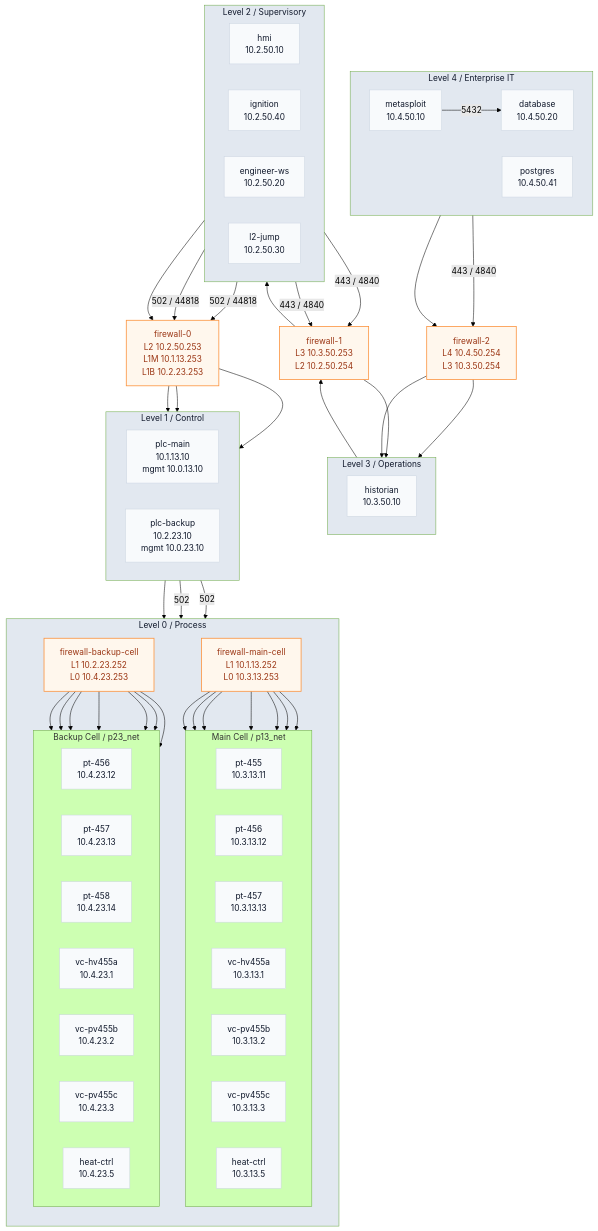
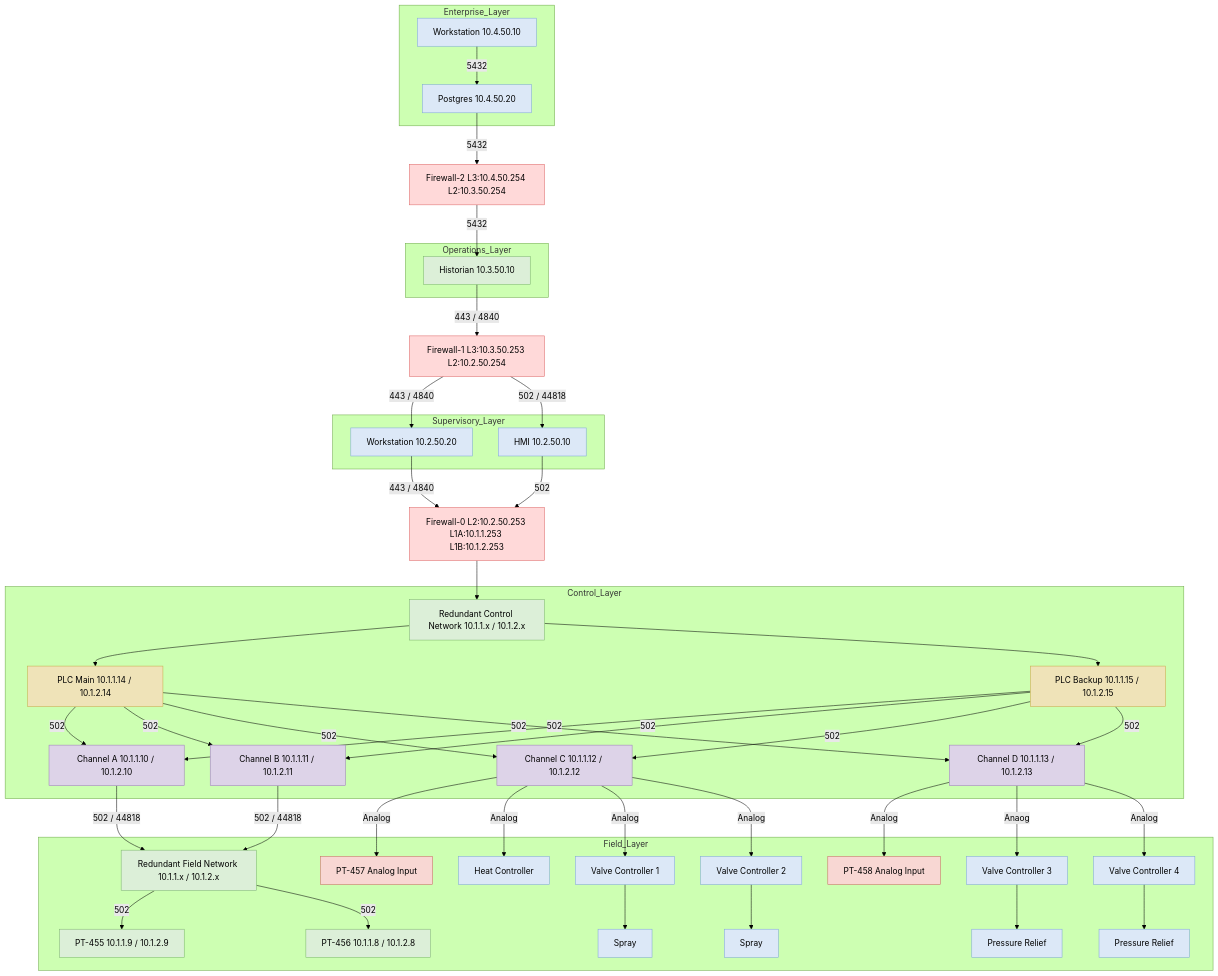
One commit to doranm09/falcons changed the diagram in testbed/iaea_rcs_demo/README.md. Above: the diagram before and after it, drawn with Mermaid (forest theme). The commit also changed 25 other files, not shown here.

````diff
--- a/testbed/iaea_rcs_demo/README.md
+++ b/testbed/iaea_rcs_demo/README.md
@@ -16,109 +16,115 @@
 ```mermaid
 flowchart TB
-  classDef layer fill:#e2e8f0,stroke:#94a3b8,stroke-width:1.5px,color:#0f172a;
-  classDef device fill:#f8fafc,stroke:#cbd5e1,stroke-width:1px,color:#0f172a;
-  classDef firewall fill:#fff7ed,stroke:#fb923c,stroke-width:1.5px,color:#9a3412;
 
-  subgraph L4["Level 4 / Enterprise IT"]
-    direction LR
-    MSF["metasploit<br/>10.4.50.10"]:::device
-    DB["database<br/>10.4.50.20"]:::device
-    PG["postgres<br/>10.4.50.41"]:::device
-  end
-  style L4 fill:#e2e8f0,color:#0f172a
+subgraph Enterprise_Layer
+    WS4A["Workstation 10.4.50.10"]
+    PG["Postgres 10.4.50.20"]
+end
 
-  FW2["firewall-2<br/>L4 10.4.50.254<br/>L3 10.3.50.254"]:::firewall
+FW2["Firewall-2 L3:10.4.50.254 L2:10.3.50.254"]
 
-  subgraph L3["Level 3 / Operations"]
-    direction LR
-    HIST["historian<br/>10.3.50.10"]:::device
-  end
-  style L3 fill:#e2e8f0,color:#0f172a
+subgraph Operations_Layer
+    HIST["Historian 10.3.50.10"]
+end
 
-  FW1["firewall-1<br/>L3 10.3.50.253<br/>L2 10.2.50.254"]:::firewall
+FW1["Firewall-1 L3:10.3.50.253 L2:10.2.50.254"]
 
-  subgraph L2["Level 2 / Supervisory"]
-    direction LR
-    HMI["hmi<br/>10.2.50.10"]:::device
-    IGN["ignition<br/>10.2.50.40"]:::device
-    ENG["engineer-ws<br/>10.2.50.20"]:::device
-    JUMP["l2-jump<br/>10.2.50.30"]:::device
-  end
-  style L2 fill:#e2e8f0,color:#0f172a
+subgraph Supervisory_Layer
+    WS2["Workstation 10.2.50.20"]
+    HMI["HMI 10.2.50.10"]
+end
 
-  FW0["firewall-0<br/>L2 10.2.50.253<br/>L1M 10.1.13.253<br/>L1B 10.2.23.253"]:::firewall
+FW0["Firewall-0 L2:10.2.50.253 L1A:10.1.1.253 L1B:10.1.2.253"]
 
-  subgraph L1["Level 1 / Control"]
-    direction LR
-    PLCM["plc-main<br/>10.1.13.10<br/>mgmt 10.0.13.10"]:::device
-    PLCB["plc-backup<br/>10.2.23.10<br/>mgmt 10.0.23.10"]:::device
-  end
-  style L1 fill:#e2e8f0,color:#0f172a
+subgraph Control_Layer
+    RCN["Redundant Control Network 10.1.1.x / 10.1.2.x"]
+    PLCM["PLC Main 10.1.1.14 / 10.1.2.14"]
+    PLCB["PLC Backup 10.1.1.15 / 10.1.2.15"]
+    CHA["Channel A 10.1.1.10 / 10.1.2.10"]
+    CHB["Channel B 10.1.1.11 / 10.1.2.11"]
+    CHC["Channel C 10.1.1.12 / 10.1.2.12"]
+    CHD["Channel D 10.1.1.13 / 10.1.2.13"]
+end
 
-  subgraph L0["Level 0 / Process"]
-    direction TB
-    FWM["firewall-main-cell<br/>L1 10.1.13.252<br/>L0 10.3.13.253"]:::firewall
-    subgraph MAIN["Main Cell / p13_net"]
-      direction LR
-      PT455["pt-455<br/>10.3.13.11"]:::device
-      PT456M["pt-456<br/>10.3.13.12"]:::device
-      PT457M["pt-457<br/>10.3.13.13"]:::device
-      V455AM["vc-hv455a<br/>10.3.13.1"]:::device
-      V455BM["vc-pv455b<br/>10.3.13.2"]:::device
-      V455CM["vc-pv455c<br/>10.3.13.3"]:::device
-      HEATM["heat-ctrl<br/>10.3.13.5"]:::device
-    end
+subgraph Field_Layer
+    HC["Heat Controller"]
+    VC1["Valve Controller 1"]
+    VC2["Valve Controller 2"]
+    VC3["Valve Controller 3"]
+    VC4["Valve Controller 4"]
+    PT457["PT-457 Analog Input"]
+    PT458["PT-458 Analog Input"]
+    RFN["Redundant Field Network 10.1.1.x / 10.1.2.x"]
+    PT455["PT-455 10.1.1.9 / 10.1.2.9"]
+    PT456["PT-456 10.1.1.8 / 10.1.2.8"]
+    SPR1["Spray"]
+    SPR2["Spray"]
+    PR1["Pressure Relief"]
+    PR2["Pressure Relief"]
+end
 
-    FWB["firewall-backup-cell<br/>L1 10.2.23.252<br/>L0 10.4.23.253"]:::firewall
-    subgraph BACKUP["Backup Cell / p23_net"]
-      direction LR
-      PT456B["pt-456<br/>10.4.23.12"]:::device
-      PT457B["pt-457<br/>10.4.23.13"]:::device
-      PT458["pt-458<br/>10.4.23.14"]:::device
-      V455AB["vc-hv455a<br/>10.4.23.1"]:::device
-      V455BB["vc-pv455b<br/>10.4.23.2"]:::device
-      V455CB["vc-pv455c<br/>10.4.23.3"]:::device
-      HEATB["heat-ctrl<br/>10.4.23.5"]:::device
-    end
-  end
-  style L0 fill:#e2e8f0,color:#0f172a
+WS4A -->|5432| PG
+PG -->|5432| FW2
+FW2 -->|5432| HIST
+HIST -->|443 / 4840| FW1
+FW1 -->|443 / 4840| WS2
+FW1 -->|502 / 44818| HMI
+WS2 -->|443 / 4840| FW0
+HMI -->|502| FW0
+FW0 --> RCN
+RCN --> PLCM
+RCN --> PLCB
+PLCM -->|502| CHA
+PLCM -->|502| CHB
+PLCM -->|502| CHC
+PLCM -->|502| CHD
+PLCB -->|502| CHA
+PLCB -->|502| CHB
+PLCB -->|502| CHC
+PLCB -->|502| CHD
+CHA -->|502 / 44818| RFN
+CHB -->|502 / 44818| RFN
+RFN -->|502| PT455
+RFN -->|502| PT456
+CHC -->|Analog| PT457
+CHD -->|Analog| PT458
+CHC -->|Analog| HC
+CHC -->|Analog| VC1
+CHC -->|Analog| VC2
+CHD -->|Anaog| VC3
+CHD -->|Analog| VC4
+VC1 --> SPR1
+VC2 --> SPR2
+VC3 --> PR1
+VC4 --> PR2
 
-  %% Layer chaining
-  L4 --> FW2 --> L3 --> FW1 --> L2 --> FW0 --> L1 --> L0
-
-  %% ---- ENTERPRISE TO DMZ ----
-  MSF -->|"443 / 4840"| FW2
-  FW2 --> HIST
-
-  MSF -->|"5432"| DB
-
-  %% ---- DMZ TO L2 ----
-  HMI -->|"443 / 4840"| FW1
-  ENG -->|"443 / 4840"| FW1
-  FW1 --> HIST
-
-  %% ---- L2 TO L1 ----
-  HMI -->|"502 / 44818"| FW0
-  ENG -->|"502 / 44818"| FW0
-  FW0 --> PLCM
-  FW0 --> PLCB
-
-  %% ---- L1 TO L0 ----
-  PLCM -->|"502"| FWM
-  FWM --> PT455
-  FWM --> PT456M
-  FWM --> PT457M
-  FWM --> V455AM
-  FWM --> V455BM
-  FWM --> V455CM
-  FWM --> HEATM
-
-  PLCB -->|"502"| FWB
-  FWB --> PT456B
-  FWB --> PT457B
-  FWB --> PT458
-  FWB --> V455AB
-  FWB --> V455BB
-  FWB --> V455CB
-  FWB --> HEATB
+style WS4A fill:#dce8f7,stroke:#7ea6d8
+style PG fill:#dce8f7,stroke:#7ea6d8
+style HIST fill:#dcefd8,stroke:#7cb66b
+style WS2 fill:#dce8f7,stroke:#7ea6d8
+style HMI fill:#dce8f7,stroke:#7ea6d8
+style FW2 fill:#ffd9d9,stroke:#d66
+style FW1 fill:#ffd9d9,stroke:#d66
+style FW0 fill:#ffd9d9,stroke:#d66
+style RCN fill:#dcefd8,stroke:#7cb66b
+style RFN fill:#dcefd8,stroke:#7cb66b
+style PLCM fill:#efe3b8,stroke:#c7a94a
+style PLCB fill:#efe3b8,stroke:#c7a94a
+style CHA fill:#ddd3e8,stroke:#9b7db8
+style CHB fill:#ddd3e8,stroke:#9b7db8
+style CHC fill:#ddd3e8,stroke:#9b7db8
+style CHD fill:#ddd3e8,stroke:#9b7db8
+style PT457 fill:#f8d7d3,stroke:#c56a5f
+style PT458 fill:#f8d7d3,stroke:#c56a5f
+style HC fill:#dce8f7,stroke:#7ea6d8
+style VC1 fill:#dce8f7,stroke:#7ea6d8
+style VC2 fill:#dce8f7,stroke:#7ea6d8
+style VC3 fill:#dce8f7,stroke:#7ea6d8
+style VC4 fill:#dce8f7,stroke:#7ea6d8
+style SPR1 fill:#dce8f7,stroke:#7ea6d8
+style SPR2 fill:#dce8f7,stroke:#7ea6d8
+style PR1 fill:#dce8f7,stroke:#7ea6d8
+style PR2 fill:#dce8f7,stroke:#7ea6d8
+style PT455 fill:#dcefd8,stroke:#7cb66b
+style PT456 fill:#dcefd8,stroke:#7cb66b
 ```
````
